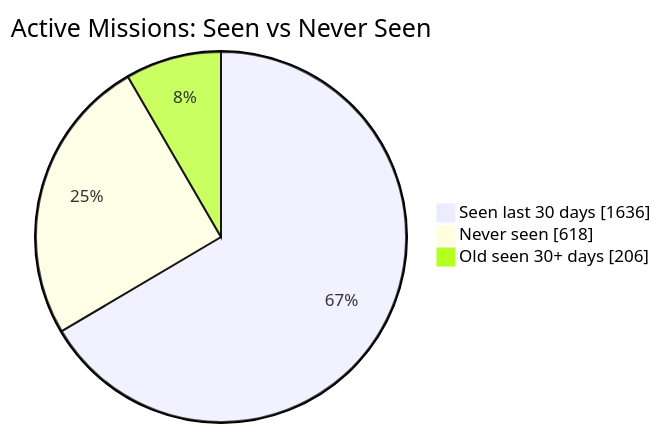
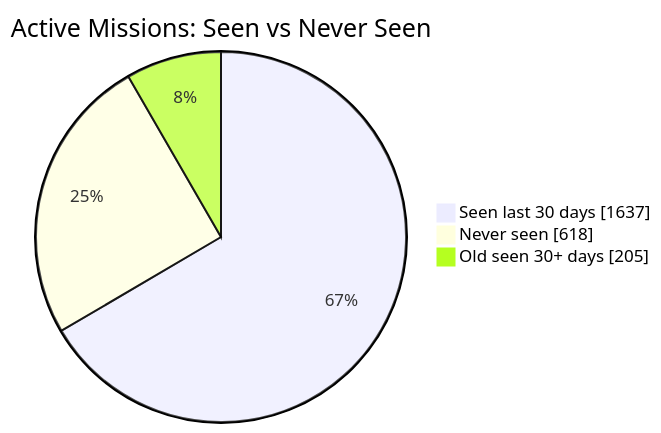
One commit to MeldkamerspelGameTeam/active-missions changed the first of 2 diagrams in README.md. Above: the diagram before and after it, drawn with Mermaid. The commit also changed other lines of this file and 3 other files, not shown here.

````diff
--- a/README.md
+++ b/README.md
@@ -34,7 +34,7 @@
 ```mermaid
 pie showData
     title Active Missions: Seen vs Never Seen
-    "Seen last 30 days" : 1636
+    "Seen last 30 days" : 1637
     "Never seen" : 618
-    "Old seen 30+ days" : 206
+    "Old seen 30+ days" : 205
 ```
````
